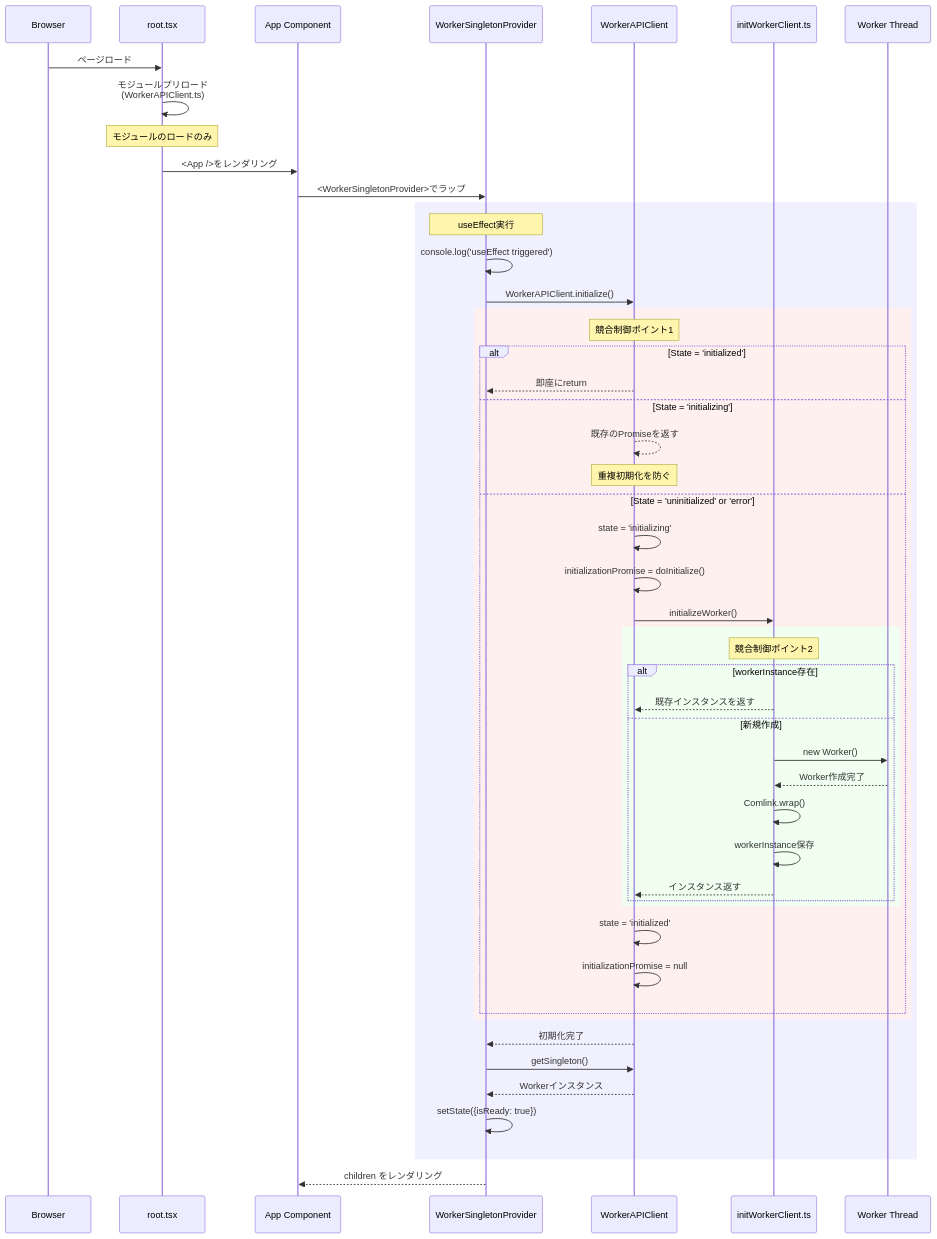
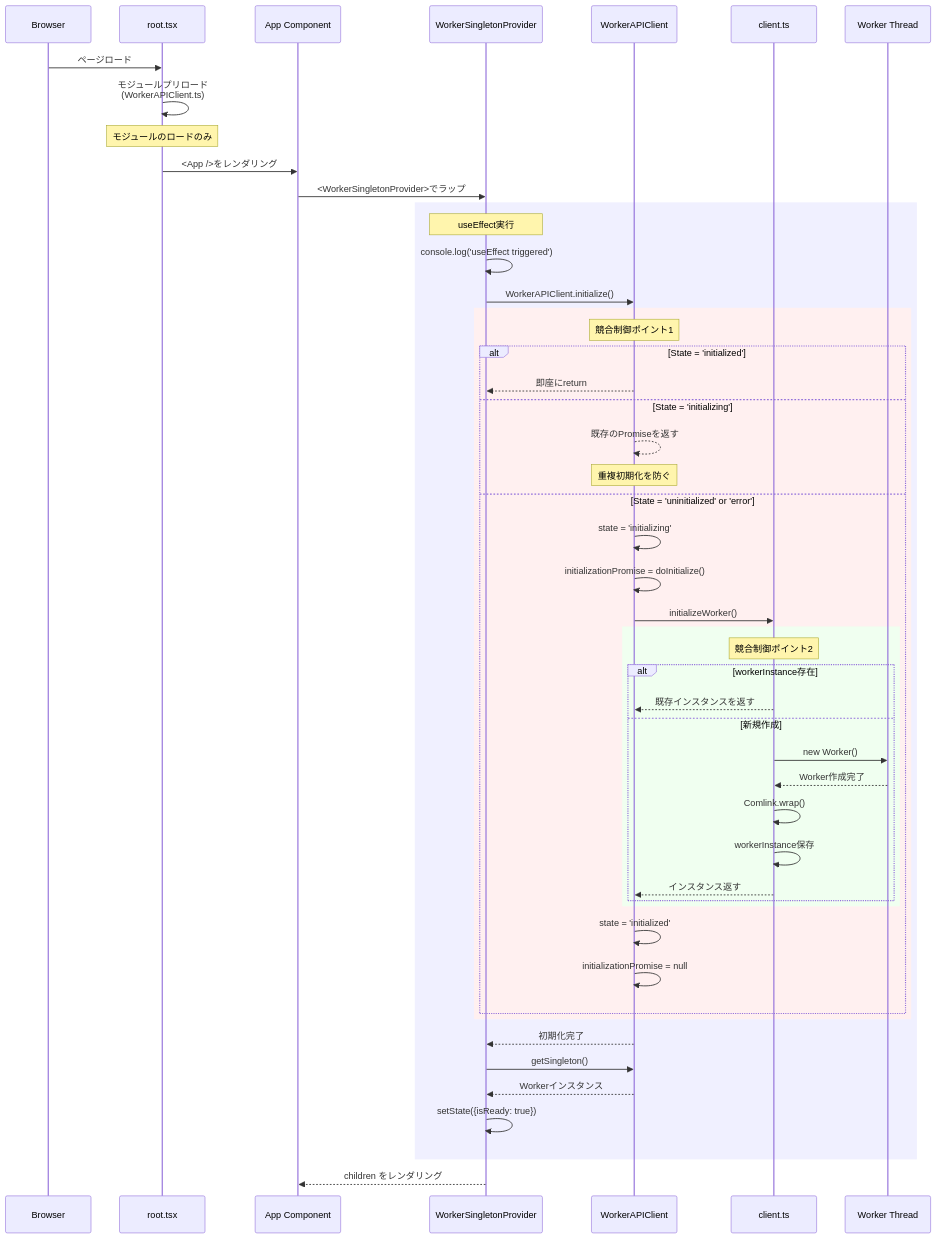
Before and after one commit to kubohiroya/hierarchidb: the first of 4 diagrams in docs/architecture/worker-initialization-analysis.md, drawn with Mermaid. The commit also changed other lines of this file and 1174 other files, not shown here.

````diff
--- a/docs/architecture/worker-initialization-analysis.md
+++ b/docs/architecture/worker-initialization-analysis.md
@@ -25,63 +25,63 @@
 ```mermaid
 sequenceDiagram
     participant Browser as Browser
     participant Root as root.tsx
     participant App as App Component
     participant WP as WorkerSingletonProvider
     participant WAC as WorkerAPIClient
-    participant IW as initWorkerClient.ts
+    participant IW as client.ts
     participant W as Worker Thread
 
     %% 初期化の流れ
     Browser->>Root: ページロード
     Root->>Root: モジュールプリロード<br/>(WorkerAPIClient.ts)
     Note over Root: モジュールのロードのみ
     
     Root->>App: <App />をレンダリング
     App->>WP: <WorkerSingletonProvider>でラップ
     
     %% WorkerProvider内での初期化
     rect rgb(240, 240, 255)
         Note over WP: useEffect実行
         WP->>WP: console.log('useEffect triggered')
         WP->>WAC: WorkerAPIClient.initialize()
         
         %% WorkerAPIClient内での競合制御
         rect rgb(255, 240, 240)
             Note over WAC: 競合制御ポイント1
             alt State = 'initialized'
                 WAC-->>WP: 即座にreturn
             else State = 'initializing'
                 WAC-->>WAC: 既存のPromiseを返す
                 Note over WAC: 重複初期化を防ぐ
             else State = 'uninitialized' or 'error'
                 WAC->>WAC: state = 'initializing'
                 WAC->>WAC: initializationPromise = doInitialize()
                 WAC->>IW: initializeWorker()
                 
                 rect rgb(240, 255, 240)
                     Note over IW: 競合制御ポイント2
                     alt workerInstance存在
                         IW-->>WAC: 既存インスタンスを返す
                     else 新規作成
                         IW->>W: new Worker()
                         W-->>IW: Worker作成完了
                         IW->>IW: Comlink.wrap()
                         IW->>IW: workerInstance保存
                         IW-->>WAC: インスタンス返す
                     end
                 end
                 
                 WAC->>WAC: state = 'initialized'
                 WAC->>WAC: initializationPromise = null
             end
         end
         
         WAC-->>WP: 初期化完了
         WP->>WAC: getSingleton()
         WAC-->>WP: Workerインスタンス
         WP->>WP: setState({isReady: true})
     end
     
     WP-->>App: children をレンダリング
 ```
````
